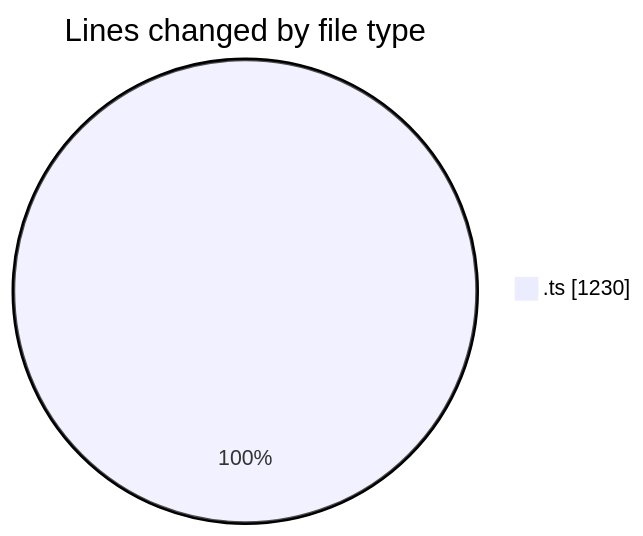
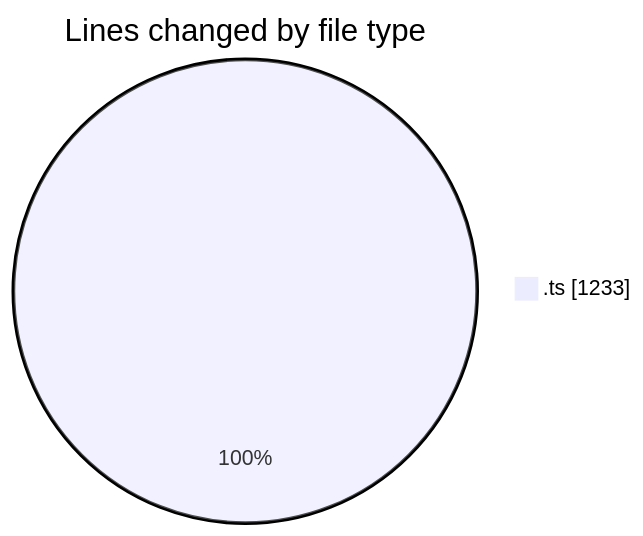
The first of 2 diagrams in 2025-06-24/cda/README.md (momahboobian/code-tracking), drawn with Mermaid before and after one commit. The commit also changed other lines of this file and 1 other file, not shown here.

````diff
--- a/2025-06-24/cda/README.md
+++ b/2025-06-24/cda/README.md
@@ -21,5 +21,5 @@
 ```mermaid
 pie showData
 title Lines changed by file type
-".ts" : 1230
+".ts" : 1233
 ```
````
